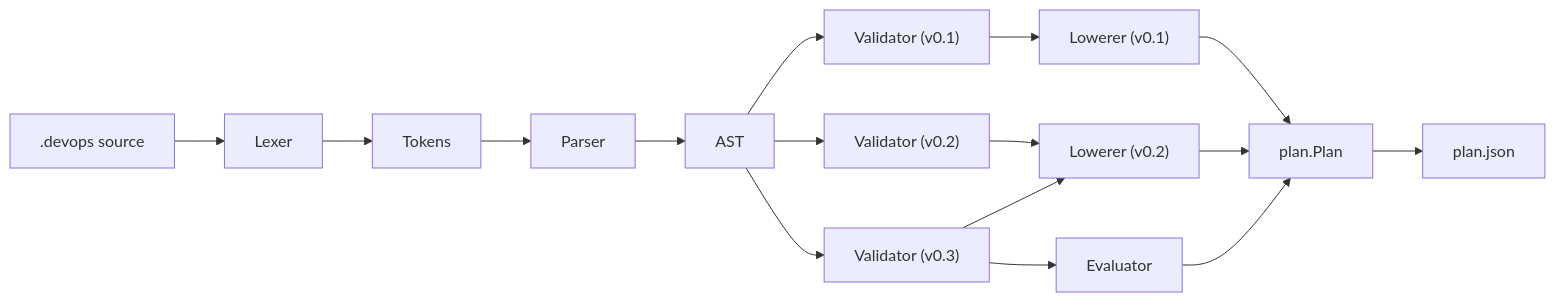
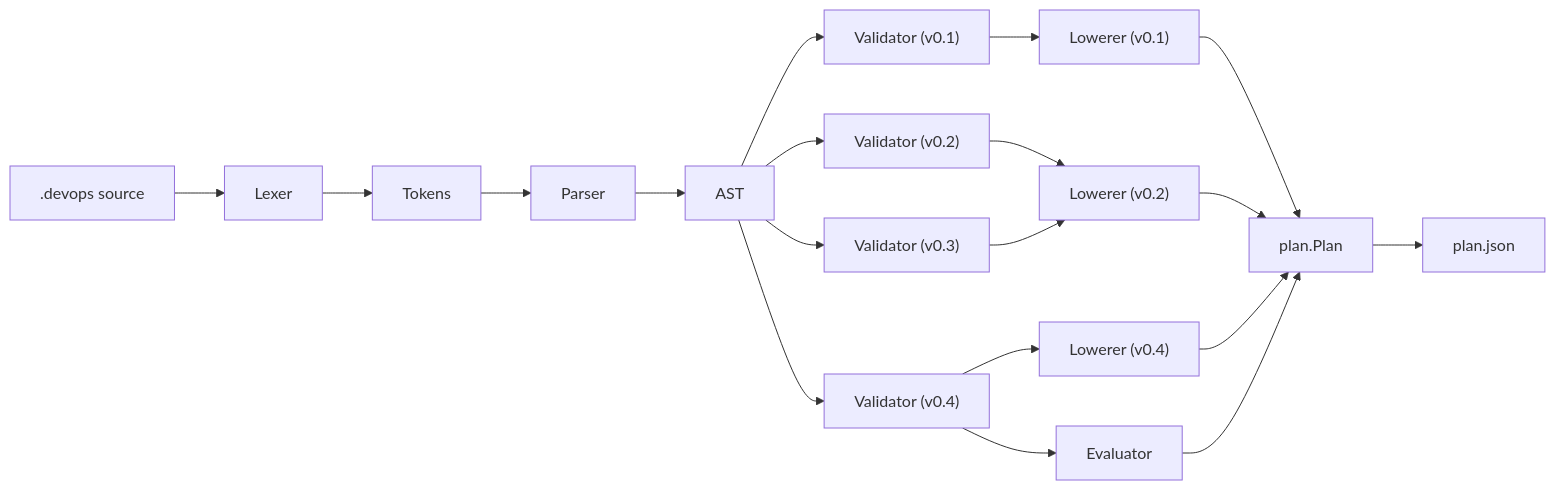
One commit to ahmednour1430464/dotdevops changed diagram 14 of 14 in .qoder/repowiki/en/content/.devops Language Reference/Compilation Pipeline.md. Above: the diagram before and after it, drawn with Mermaid. The commit also changed other lines of this file and 3 other files, not shown here.

````diff
--- a/.qoder/repowiki/en/content/.devops Language Reference/Compilation Pipeline.md
+++ b/.qoder/repowiki/en/content/.devops Language Reference/Compilation Pipeline.md
@@ -823,18 +1005,21 @@
 ```mermaid
 flowchart LR
 SRC[".devops source"] --> LEX["Lexer"]
 LEX --> TOK["Tokens"]
 TOK --> PAR["Parser"]
 PAR --> AST["AST"]
 AST --> VAL1["Validator (v0.1)"]
 AST --> VAL2["Validator (v0.2)"]
 AST --> VAL3["Validator (v0.3)"]
+AST --> VAL4["Validator (v0.4)"]
 VAL1 --> LOW1["Lowerer (v0.1)"]
 VAL2 --> LOW2["Lowerer (v0.2)"]
-VAL3 --> EVAL["Evaluator"]
 VAL3 --> LOW2
+VAL4 --> EVAL["Evaluator"]
+VAL4 --> LOW4["Lowerer (v0.4)"]
 LOW1 --> PLAN["plan.Plan"]
 LOW2 --> PLAN
+LOW4 --> PLAN
 EVAL --> PLAN
 PLAN --> JSON["plan.json"]
 ```
````
